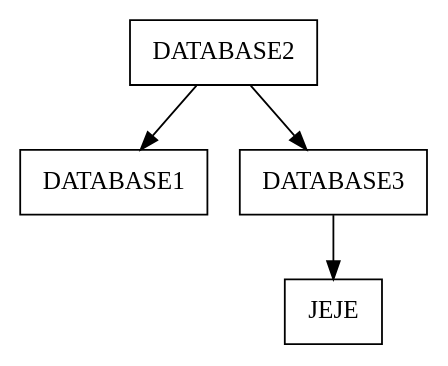
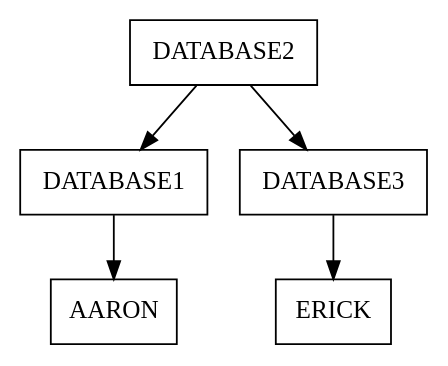
The diagram in bases.dot (AaronGMG2000/Vacaciones_Diciembre_ProyectoEDD), drawn with Graphviz before and after one commit. The commit also changed 4 other files, not shown here.

```diff
--- a/bases.dot
+++ b/bases.dot
@@ -1,11 +1,13 @@
 digraph dibujo{
 graph [ordering="out"];rankdir=TB;
 node [shape = box];
 NodoDATABASE2 [label = "DATABASE2"];
 NodoDATABASE1 [label = "DATABASE1"];
+NodoAARON [label = "AARON"];
 NodoDATABASE3 [label = "DATABASE3"];
-NodoJEJE [label = "JEJE"];
+NodoERICK [label = "ERICK"];
 NodoDATABASE2->NodoDATABASE1;
 NodoDATABASE2->NodoDATABASE3;
-NodoDATABASE3->NodoJEJE;
+NodoDATABASE1->NodoAARON;
+NodoDATABASE3->NodoERICK;
 }
```
